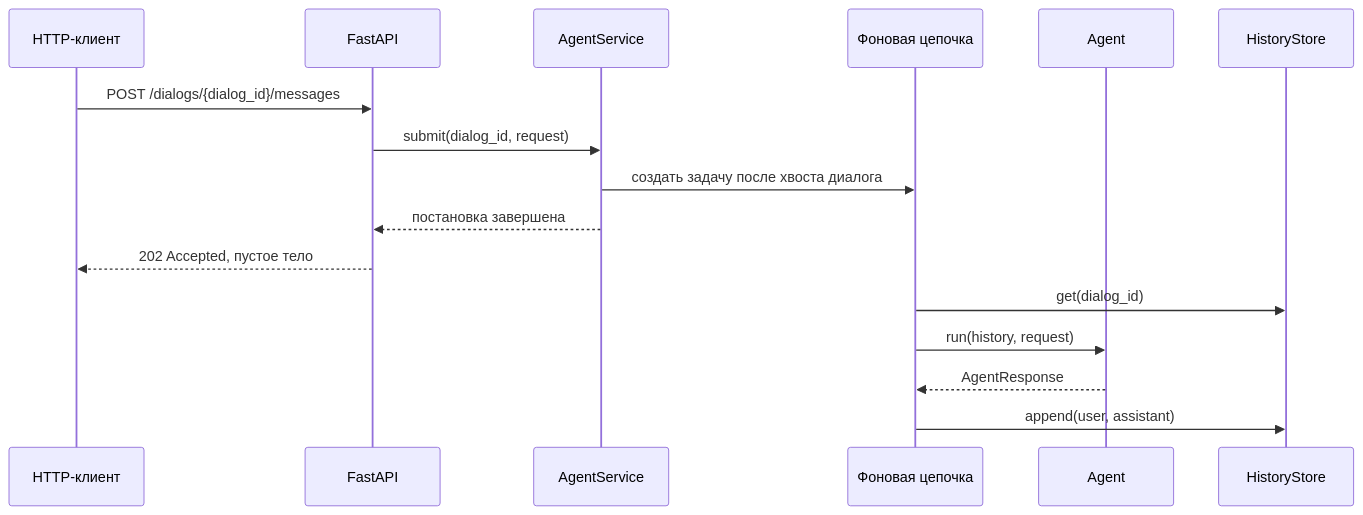
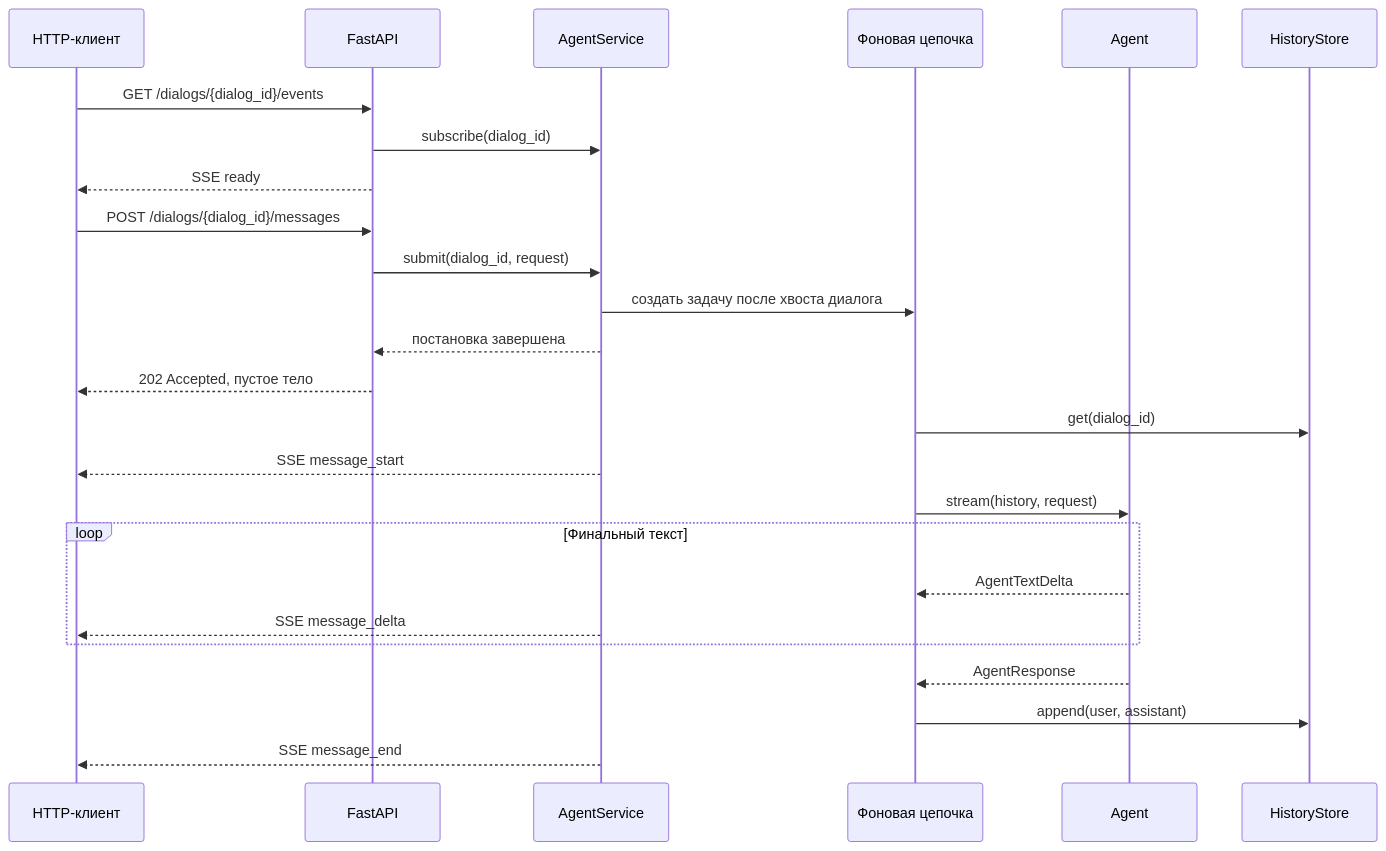
Before and after one commit to Nisakoo/BMSTU-NIRS: the diagram in docs/dialogs.md, drawn with Mermaid. The commit also changed other lines of this file and 26 other files, not shown here.

Commit message:
feat(agent): stream responses over SSE

````diff
--- a/docs/dialogs.md
+++ b/docs/dialogs.md
@@ -55,19 +67,28 @@
 ```mermaid
 sequenceDiagram
     participant Client as HTTP-клиент
     participant API as FastAPI
     participant Service as AgentService
     participant Task as Фоновая цепочка
     participant Agent
     participant History as HistoryStore
 
+    Client->>API: GET /dialogs/{dialog_id}/events
+    API->>Service: subscribe(dialog_id)
+    API-->>Client: SSE ready
     Client->>API: POST /dialogs/{dialog_id}/messages
     API->>Service: submit(dialog_id, request)
     Service->>Task: создать задачу после хвоста диалога
     Service-->>API: постановка завершена
     API-->>Client: 202 Accepted, пустое тело
     Task->>History: get(dialog_id)
-    Task->>Agent: run(history, request)
+    Service-->>Client: SSE message_start
+    Task->>Agent: stream(history, request)
+    loop Финальный текст
+        Agent-->>Task: AgentTextDelta
+        Service-->>Client: SSE message_delta
+    end
     Agent-->>Task: AgentResponse
     Task->>History: append(user, assistant)
+    Service-->>Client: SSE message_end
 ```
````
